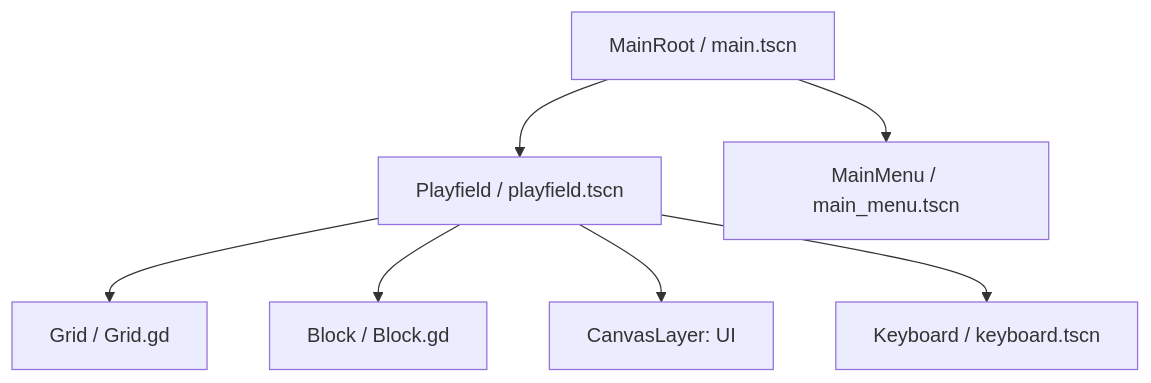
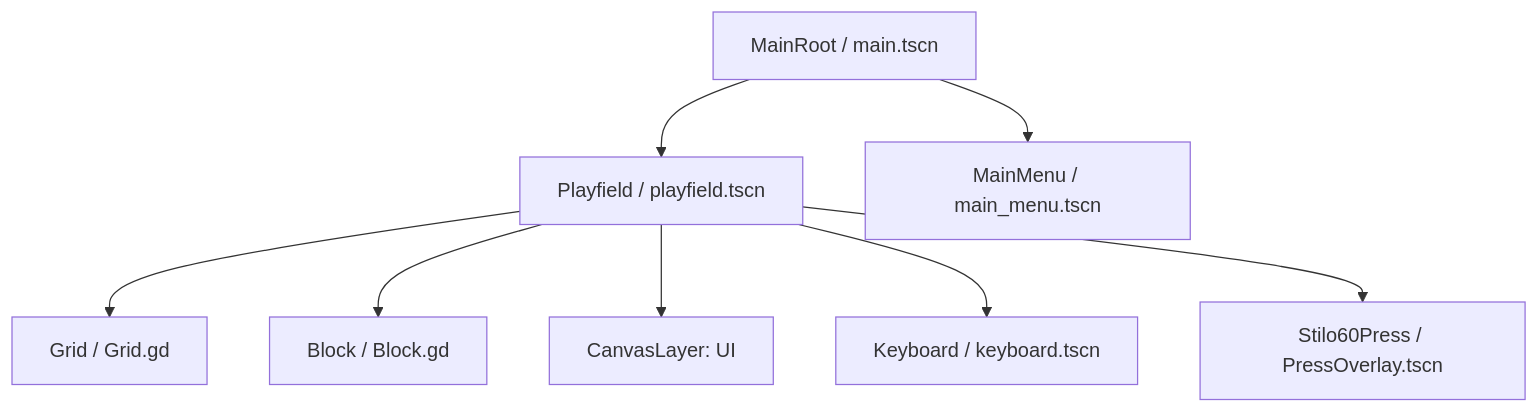
The diagram in ARCHITECTURE.md (happycoder1973/intercable-connectris), drawn with Mermaid before and after one commit. The commit also changed other lines of this file, not shown here.

Commit message:
Doc: Document Connectris-Workflow and STILO60 design for Slice 2

````diff
--- a/ARCHITECTURE.md
+++ b/ARCHITECTURE.md
@@ -14,17 +14,19 @@
 ```mermaid
 graph TD
     Main[MainRoot / main.tscn]
     Playfield[Playfield / playfield.tscn]
     Grid[Grid / Grid.gd]
     Block[Block / Block.gd]
     UI[CanvasLayer: UI]
     MainMenu[MainMenu / main_menu.tscn]
     Keyboard[Keyboard / keyboard.tscn]
+    PressOverlay[Stilo60Press / PressOverlay.tscn]
 
     Main --> Playfield
     Main --> MainMenu
     Playfield --> Grid
     Playfield --> Block
     Playfield --> UI
     Playfield --> Keyboard
+    Playfield --> PressOverlay
 ```
````
